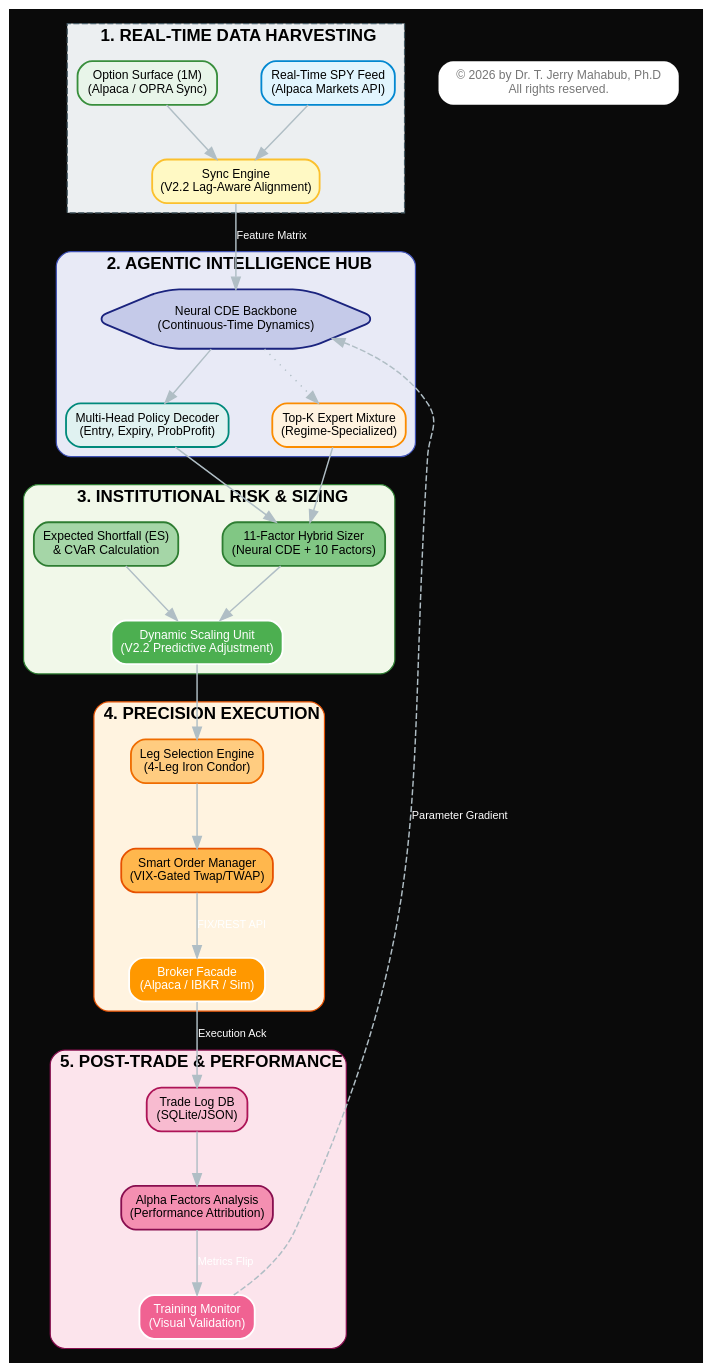
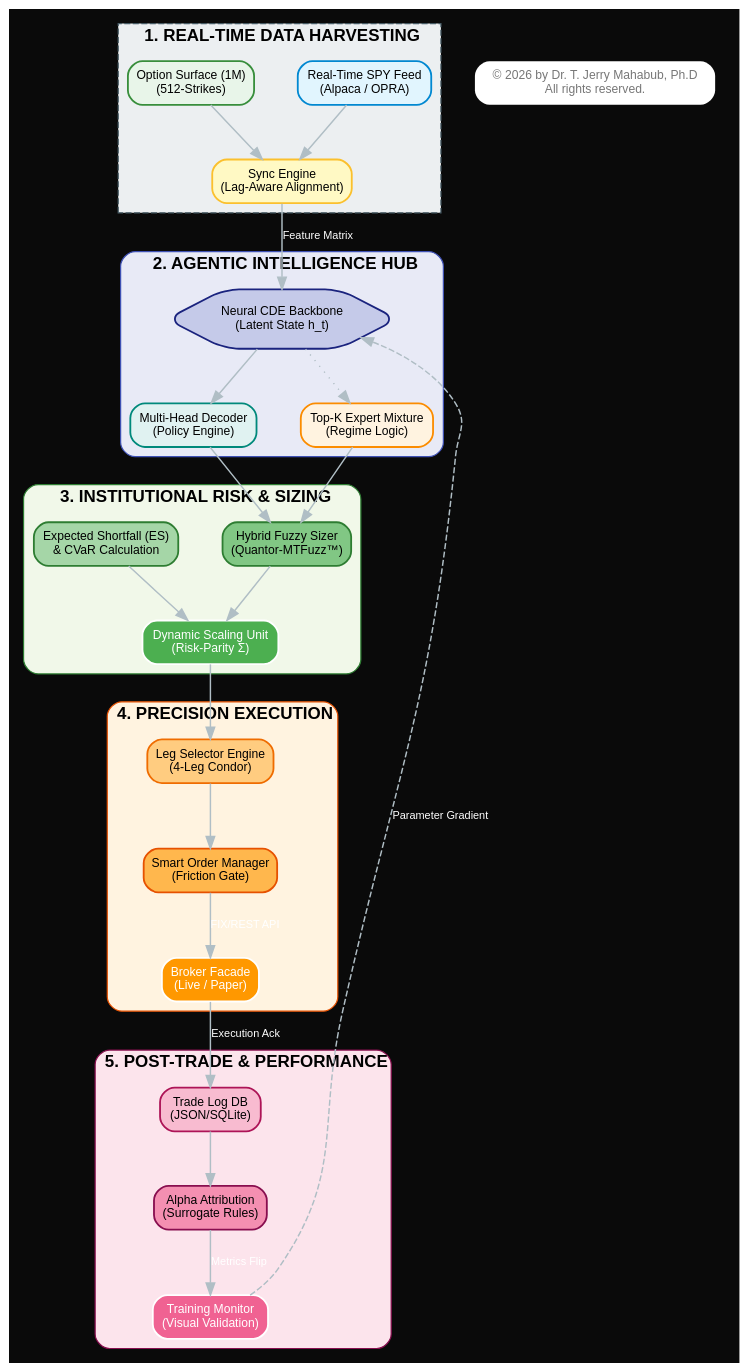
Before and after one commit to trextrader/spy-iron-condor-trading: the diagram in docs/architecture/institutional_execution_flow.dot, drawn with Graphviz. The commit also changed 9 other files, not shown here.

Commit message:
Phase 14: Execution Hardening and Forensic Logic Overhaul. Fixed intra-minute rolling collapse, implemented forensic validator v2.3 with row-key alignment, and updated institutional execution engine. 🦅🚀

```diff
--- a/docs/architecture/institutional_execution_flow.dot
+++ b/docs/architecture/institutional_execution_flow.dot
@@ -1,95 +1,95 @@
 digraph InstitutionalWorkflow {
     // Strategic Design Settings
     rankdir=TB;
     nodesep=0.5;
     ranksep=0.6;
     fontname="Arial, Helvetica, sans-serif";
     compound=true;
 
     // Global Styles
     bgcolor="#0a0a0a";
     node [shape=rect, style="filled,rounded", fontname="Arial", fontsize=10, penwidth=1.5, color="#FFFFFF", fontcolor="black"];
     edge [color="#b0bec5", penwidth=1.2, fontname="Arial", fontsize=9, fontcolor="white"];
 
     // --- PHASE 1: DATA HARVESTING ---
     subgraph cluster_data {
         label = <<b>1. REAL-TIME DATA HARVESTING</b>>;
         fillcolor = "#ECEFF1"; style = "filled,dashed"; color = "#455A64";
         
-        feed_spot [label="Real-Time SPY Feed\n(Alpaca Markets API)", fillcolor="#E1F5FE", color="#0288D1"];
-        feed_options [label="Option Surface (1M)\n(Alpaca / OPRA Sync)", fillcolor="#E8F5E9", color="#388E3C"];
-        sync_engine [label="Sync Engine\n(V2.2 Lag-Aware Alignment)", fillcolor="#FFF9C4", color="#FBC02D"];
+        feed_spot [label="Real-Time SPY Feed\n(Alpaca / OPRA)", fillcolor="#E1F5FE", color="#0288D1"];
+        feed_options [label="Option Surface (1M)\n(512-Strikes)", fillcolor="#E8F5E9", color="#388E3C"];
+        sync_engine [label="Sync Engine\n(Lag-Aware Alignment)", fillcolor="#FFF9C4", color="#FBC02D"];
         
         feed_spot -> sync_engine;
         feed_options -> sync_engine;
     }
 
     // --- PHASE 2: INTELLIGENCE ENGINE ---
     subgraph cluster_intelligence {
         label = <<b>2. AGENTIC INTELLIGENCE HUB</b>>;
         fillcolor = "#E8EAF6"; style = "filled,rounded"; color = "#3F51B5";
         
-        cde_core [label="Neural CDE Backbone\n(Continuous-Time Dynamics)", fillcolor="#C5CAE9", color="#1A237E", shape=hexagon];
-        heads [label="Multi-Head Policy Decoder\n(Entry, Expiry, ProbProfit)", fillcolor="#E0F2F1", color="#00897B"];
-        moe_gate [label="Top-K Expert Mixture\n(Regime-Specialized)", fillcolor="#FFF3E0", color="#FB8C00"];
+        cde_core [label="Neural CDE Backbone\n(Latent State h_t)", fillcolor="#C5CAE9", color="#1A237E", shape=hexagon];
+        heads [label="Multi-Head Decoder\n(Policy Engine)", fillcolor="#E0F2F1", color="#00897B"];
+        moe_gate [label="Top-K Expert Mixture\n(Regime Logic)", fillcolor="#FFF3E0", color="#FB8C00"];
         
         cde_core -> heads;
         cde_core -> moe_gate [style=dotted];
     }
 
     // --- PHASE 3: FUZZY RISK & SIZING ---
     subgraph cluster_risk {
         label = <<b>3. INSTITUTIONAL RISK &amp; SIZING</b>>;
         fillcolor = "#F1F8E9"; style = "filled,rounded"; color = "#2E7D32";
         
-        fuzzy_sizer [label="11-Factor Hybrid Sizer\n(Neural CDE + 10 Factors)", fillcolor="#81C784", color="#2E7D32"];
+        fuzzy_sizer [label="Hybrid Fuzzy Sizer\n(Quantor-MTFuzz™)", fillcolor="#81C784", color="#2E7D32"];
         expected_shortfall [label="Expected Shortfall (ES)\n& CVaR Calculation", fillcolor="#A5D6A7", color="#2E7D32"];
-        sizing_logic [label="Dynamic Scaling Unit\n(V2.2 Predictive Adjustment)", fillcolor="#4CAF50", fontcolor=white];
+        sizing_logic [label="Dynamic Scaling Unit\n(Risk-Parity Σ)", fillcolor="#4CAF50", fontcolor=white];
         
         heads -> fuzzy_sizer;
         moe_gate -> fuzzy_sizer;
         fuzzy_sizer -> sizing_logic;
         expected_shortfall -> sizing_logic;
     }
 
-    // --- PHASE 4: EXECUTION & LIQUIDITY ---
+    // --- PHASE 4: PRECISION EXECUTION ---
     subgraph cluster_execution {
         label = <<b>4. PRECISION EXECUTION</b>>;
         fillcolor = "#FFF3E0"; style = "filled,rounded"; color = "#E65100";
         
-        strike_select [label="Leg Selection Engine\n(4-Leg Iron Condor)", fillcolor="#FFCC80", color="#EF6C00"];
-        order_mgr [label="Smart Order Manager\n(VIX-Gated Twap/TWAP)", fillcolor="#FFB74D", color="#E65100"];
-        broker_facade [label="Broker Facade\n(Alpaca / IBKR / Sim)", fillcolor="#FF9800", fontcolor=white];
+        strike_select [label="Leg Selector Engine\n(4-Leg Condor)", fillcolor="#FFCC80", color="#EF6C00"];
+        order_mgr [label="Smart Order Manager\n(Friction Gate)", fillcolor="#FFB74D", color="#E65100"];
+        broker_facade [label="Broker Facade\n(Live / Paper)", fillcolor="#FF9800", fontcolor=white];
         
         sizing_logic -> strike_select;
         strike_select -> order_mgr;
         order_mgr -> broker_facade [label="FIX/REST API"];
     }
 
     // --- PHASE 5: POST-TRADE ALPHA ---
     subgraph cluster_analysis {
         label = <<b>5. POST-TRADE &amp; PERFORMANCE</b>>;
         fillcolor = "#FCE4EC"; style = "filled,rounded"; color = "#880E4F";
         
-        log_db [label="Trade Log DB\n(SQLite/JSON)", fillcolor="#F8BBD0", color="#AD1457"];
-        alpha_report [label="Alpha Factors Analysis\n(Performance Attribution)", fillcolor="#F48FB1", color="#880E4F"];
+        log_db [label="Trade Log DB\n(JSON/SQLite)", fillcolor="#F8BBD0", color="#AD1457"];
+        alpha_report [label="Alpha Attribution\n(Surrogate Rules)", fillcolor="#F48FB1", color="#880E4F"];
         tensorboard [label="Training Monitor\n(Visual Validation)", fillcolor="#F06292", fontcolor=white];
         
         broker_facade -> log_db [label="Execution Ack"];
         log_db -> alpha_report;
         alpha_report -> tensorboard [label="Metrics Flip"];
     }
 
     // Cross-Phase Feedback Loop
     sync_engine -> cde_core [label="Feature Matrix"];
     tensorboard -> cde_core [label="Parameter Gradient", style=dashed, constraint=false];
 
     // Copyright Notice
     subgraph cluster_copyright {
         style=invis;
         rank=sink;
         node [shape=plaintext, fontsize=10, fontcolor="#777777", fontname="Helvetica"];
         copyright_note [label="© 2026 by Dr. T. Jerry Mahabub, Ph.D\nAll rights reserved."];
     }
 
 }
```
